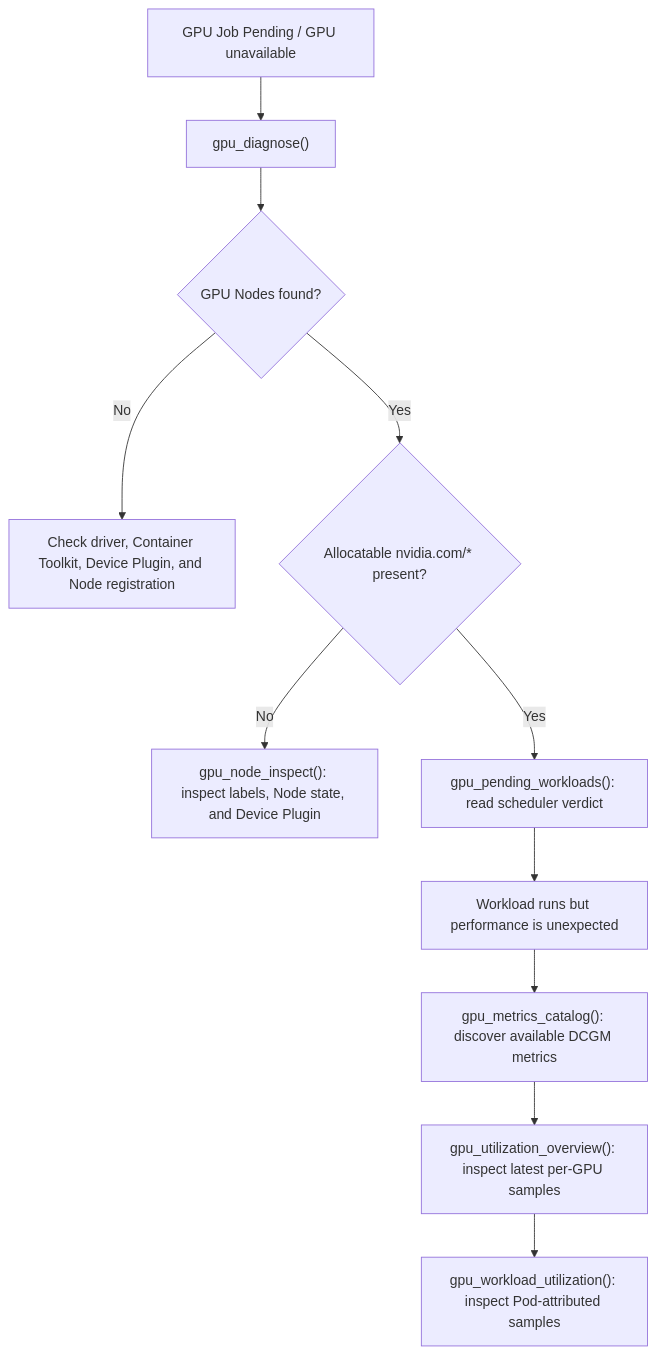
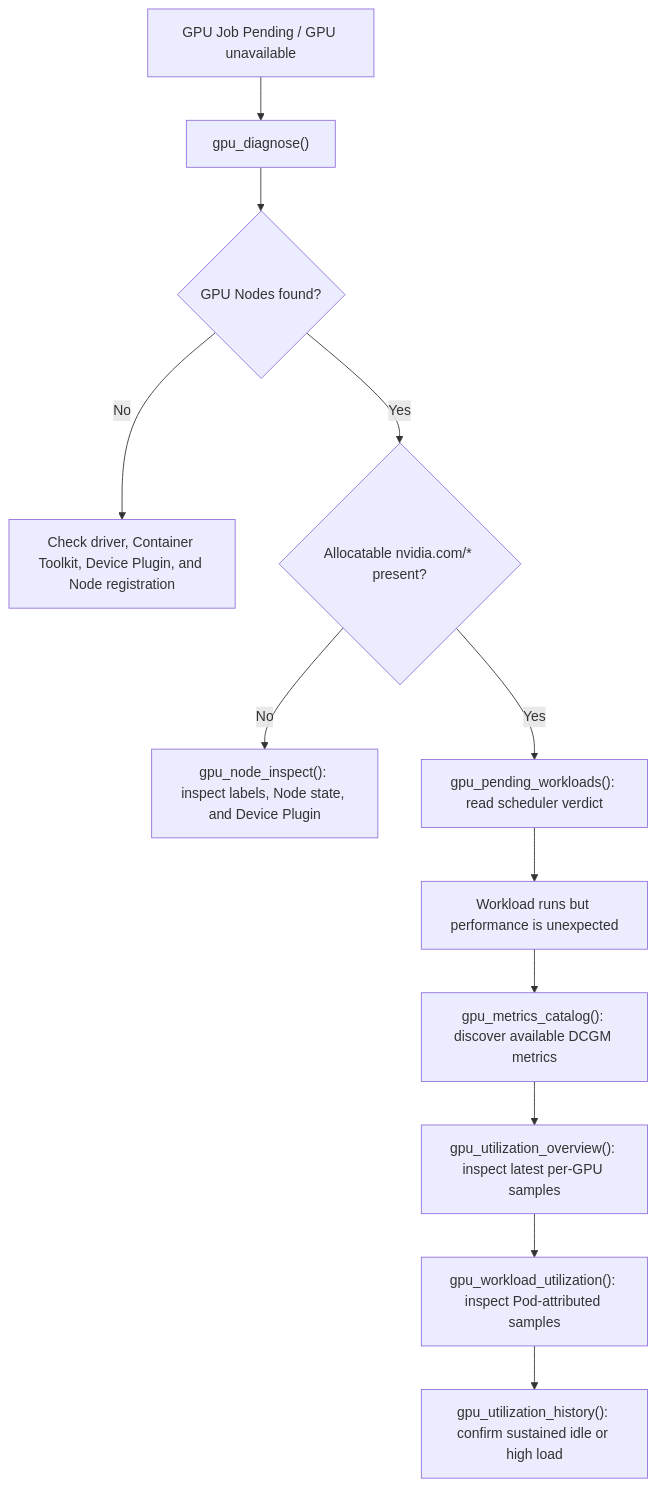
One commit to bilbilmyc/k8s-mcp changed the diagram in docs/gpu.en.md. Above: the diagram before and after it, drawn with Mermaid. The commit also changed other lines of this file and 14 other files, not shown here.

Commit message:
feat: add bounded GPU utilization history

````diff
--- a/docs/gpu.en.md
+++ b/docs/gpu.en.md
@@ -98,13 +113,14 @@
 ```mermaid
 flowchart TD
     A["GPU Job Pending / GPU unavailable"] --> B["gpu_diagnose()"]
     B --> C{"GPU Nodes found?"}
     C -- No --> D["Check driver, Container Toolkit, Device Plugin, and Node registration"]
     C -- Yes --> E{"Allocatable nvidia.com/* present?"}
     E -- No --> F["gpu_node_inspect(): inspect labels, Node state, and Device Plugin"]
     E -- Yes --> G["gpu_pending_workloads(): read scheduler verdict"]
     G --> H["Workload runs but performance is unexpected"]
     H --> I["gpu_metrics_catalog(): discover available DCGM metrics"]
     I --> J["gpu_utilization_overview(): inspect latest per-GPU samples"]
     J --> K["gpu_workload_utilization(): inspect Pod-attributed samples"]
+    K --> L["gpu_utilization_history(): confirm sustained idle or high load"]
 ```
````
